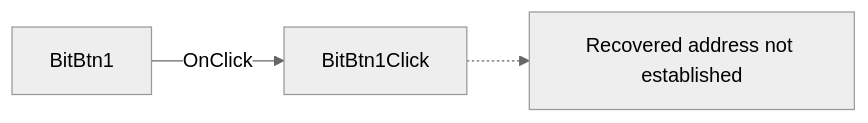
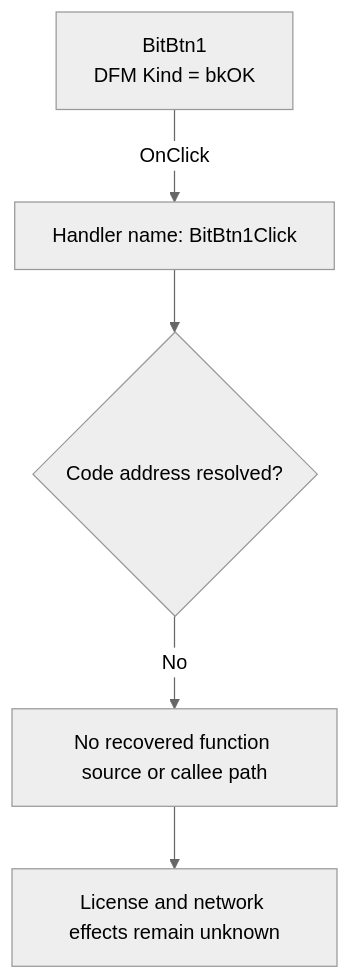
Before and after one commit to MovGP0/TIARA: the diagram in docs/ui-controls/suspendauthdlg/bitbtn1-63de13baec.md, drawn with Mermaid (neutral theme). The commit also changed other lines of this file and 1062 other files, not shown here.

````diff
--- a/docs/ui-controls/suspendauthdlg/bitbtn1-63de13baec.md
+++ b/docs/ui-controls/suspendauthdlg/bitbtn1-63de13baec.md
@@ -27,5 +31,7 @@
 ```mermaid
-flowchart LR
-    control["BitBtn1"] -->|OnClick| handler["BitBtn1Click"]
-    handler -.-> unresolved["Recovered address not established"]
+flowchart TD
+    control["BitBtn1<br/>DFM Kind = bkOK"] -->|"OnClick"| binding["Handler name: BitBtn1Click"]
+    binding --> address{"Code address resolved?"}
+    address -->|"No"| gap["No recovered function source or callee path"]
+    gap --> unknown["License and network effects remain unknown"]
 ```
````
